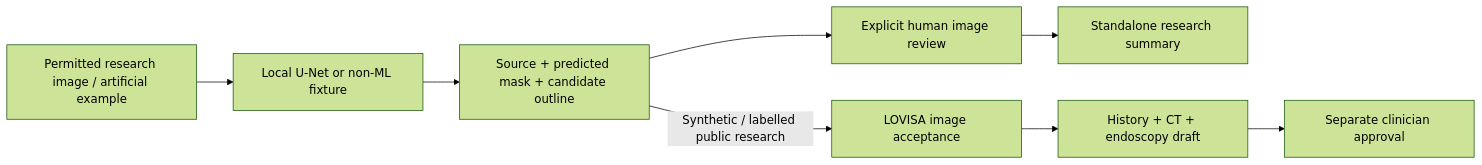
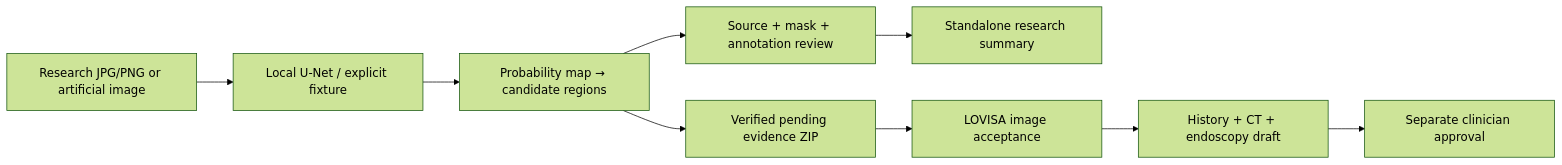
Before and after one commit to LilyC2024/AI-MedImg-Endo: the diagram in README.md, drawn with Mermaid (forest theme). The commit also changed other lines of this file and 27 other files, not shown here.

````diff
--- a/README.md
+++ b/README.md
@@ -9,10 +11,11 @@
 ```mermaid
 flowchart LR
-    I[Permitted research image / artificial example] --> M[Local U-Net or non-ML fixture]
-    M --> P[Source + predicted mask + candidate outline]
-    P --> H[Explicit human image review]
-    H --> R[Standalone research summary]
-    P -->|Synthetic / labelled public research| L[LOVISA image acceptance]
+    I[Research JPG/PNG or artificial image] --> M[Local U-Net / explicit fixture]
+    M --> P[Probability map → candidate regions]
+    P --> V[Source + mask + annotation review]
+    V --> R[Standalone research summary]
+    P --> B[Verified pending evidence ZIP]
+    B --> L[LOVISA image acceptance]
     L --> C[History + CT + endoscopy draft]
-    C --> A[Separate clinician approval]
+    C --> H[Separate clinician approval]
 ```
````
